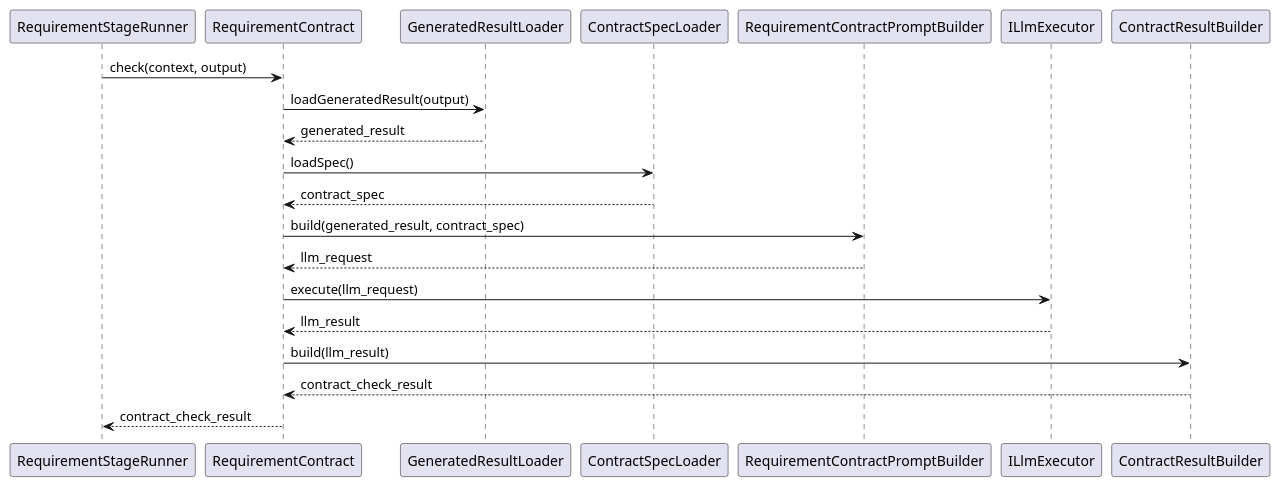
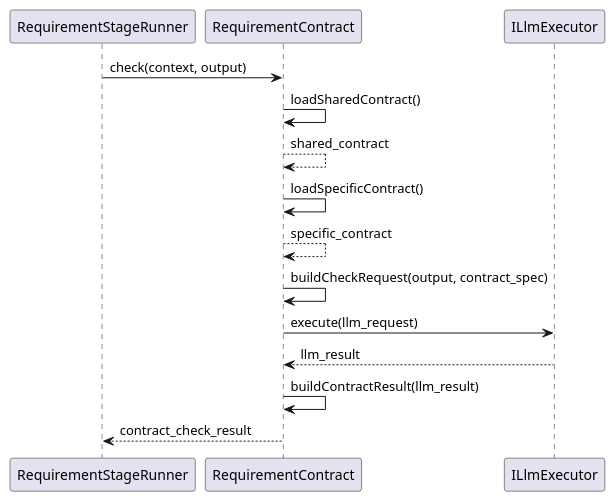
One commit to lucky-chen/ai_workflow_travel changed the second of 2 diagrams in meta_layer/docs/design_docs/Contract/RequirementContract.md. Above: the diagram before and after it, drawn with PlantUML. The commit also changed other lines of this file and 3 other files, not shown here.

````diff
--- a/meta_layer/docs/design_docs/Contract/RequirementContract.md
+++ b/meta_layer/docs/design_docs/Contract/RequirementContract.md
@@ -84,24 +75,18 @@
 ```plantuml
 @startuml
 participant RequirementStageRunner
 participant RequirementContract
-participant GeneratedResultLoader
-participant ContractSpecLoader
-participant RequirementContractPromptBuilder
 participant ILlmExecutor
-participant ContractResultBuilder
 
 RequirementStageRunner -> RequirementContract: check(context, output)
-RequirementContract -> GeneratedResultLoader: loadGeneratedResult(output)
-GeneratedResultLoader --> RequirementContract: generated_result
-RequirementContract -> ContractSpecLoader: loadSpec()
-ContractSpecLoader --> RequirementContract: contract_spec
-RequirementContract -> RequirementContractPromptBuilder: build(generated_result, contract_spec)
-RequirementContractPromptBuilder --> RequirementContract: llm_request
+RequirementContract -> RequirementContract: loadSharedContract()
+RequirementContract --> RequirementContract: shared_contract
+RequirementContract -> RequirementContract: loadSpecificContract()
+RequirementContract --> RequirementContract: specific_contract
+RequirementContract -> RequirementContract: buildCheckRequest(output, contract_spec)
 RequirementContract -> ILlmExecutor: execute(llm_request)
 ILlmExecutor --> RequirementContract: llm_result
-RequirementContract -> ContractResultBuilder: build(llm_result)
-ContractResultBuilder --> RequirementContract: contract_check_result
+RequirementContract -> RequirementContract: buildContractResult(llm_result)
 RequirementContract --> RequirementStageRunner: contract_check_result
 @enduml
 ```
````
